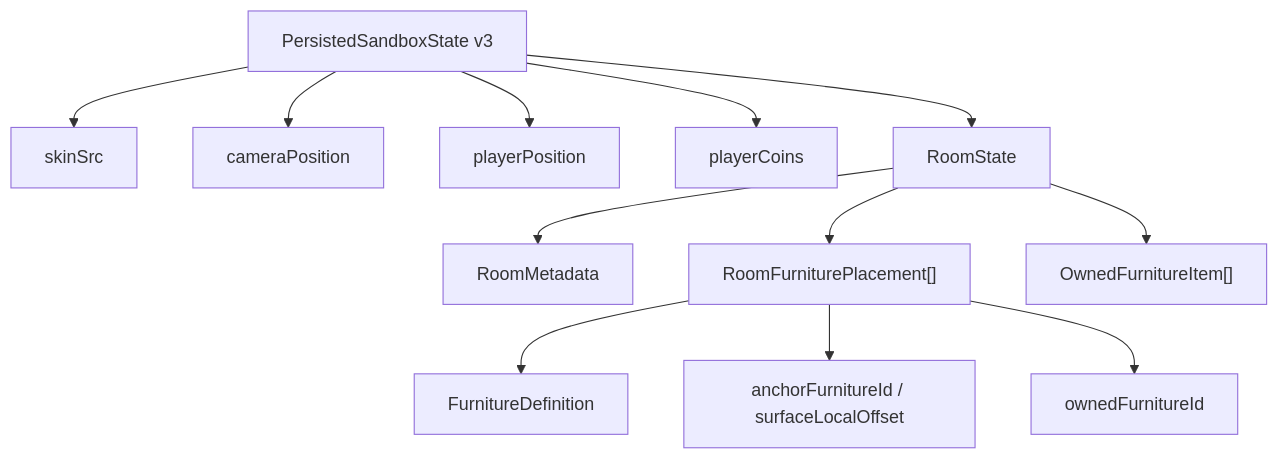
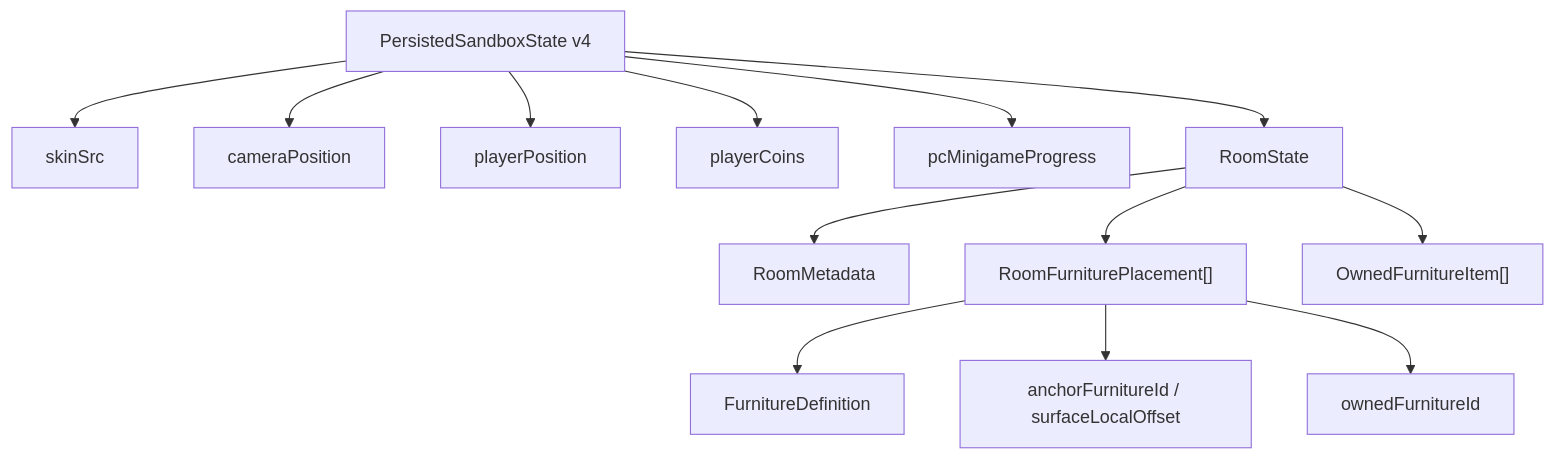
The second of 6 diagrams in docs/DIAGRAMS.md (Erlavush/FAHHH), drawn with Mermaid before and after one commit. The commit also changed other lines of this file and 38 other files, not shown here.

````diff
--- a/docs/DIAGRAMS.md
+++ b/docs/DIAGRAMS.md
@@ -27,16 +27,17 @@
 ```mermaid
 flowchart TD
-  Sandbox["PersistedSandboxState v3"] --> Skin["skinSrc"]
+  Sandbox["PersistedSandboxState v4"] --> Skin["skinSrc"]
   Sandbox --> Camera["cameraPosition"]
   Sandbox --> Player["playerPosition"]
   Sandbox --> Coins["playerCoins"]
+  Sandbox --> Pc["pcMinigameProgress"]
   Sandbox --> Room["RoomState"]
 
   Room --> Meta["RoomMetadata"]
   Room --> Placements["RoomFurniturePlacement[]"]
   Room --> Owned["OwnedFurnitureItem[]"]
 
   Placements --> Registry["FurnitureDefinition"]
   Placements --> Anchor["anchorFurnitureId / surfaceLocalOffset"]
   Placements --> OwnershipRef["ownedFurnitureId"]
 ```
````
